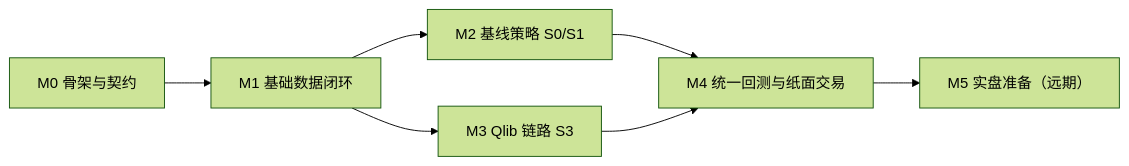
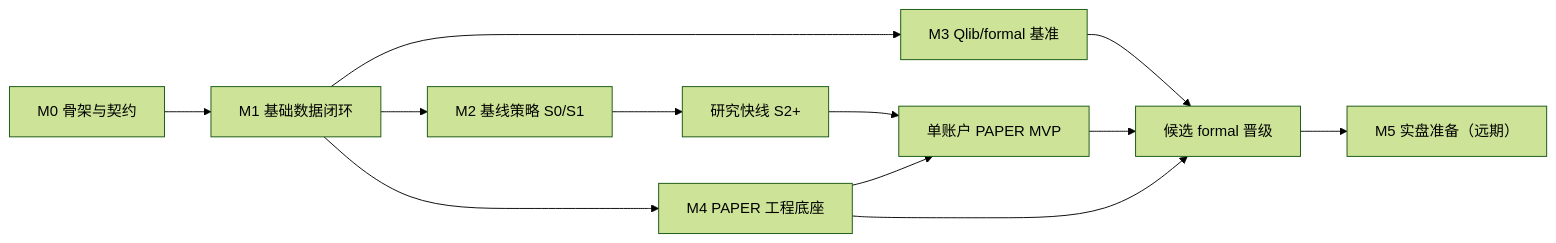
The diagram in 项目实施路线图.md (Sunnybay1994/QuantitativeTrading), drawn with Mermaid (forest theme) before and after one commit. The commit also changed other lines of this file and 22 other files, not shown here.

````diff
--- a/项目实施路线图.md
+++ b/项目实施路线图.md
@@ -16,9 +31,14 @@
 ```mermaid
 flowchart LR
     M0["M0 骨架与契约"] --> M1["M1 基础数据闭环"]
     M1 --> M2["M2 基线策略 S0/S1"]
-    M1 --> M3["M3 Qlib 链路 S3"]
-    M2 --> M4["M4 统一回测与纸面交易"]
-    M3 --> M4
-    M4 --> M5["M5 实盘准备（远期）"]
+    M2 --> R["研究快线 S2+"]
+    M1 --> M3["M3 Qlib/formal 基准"]
+    M1 --> E["M4 PAPER 工程底座"]
+    R --> P["单账户 PAPER MVP"]
+    E --> P
+    M3 --> C["候选 formal 晋级"]
+    P --> C
+    E --> C
+    C --> M5["M5 实盘准备（远期）"]
 ```
````
